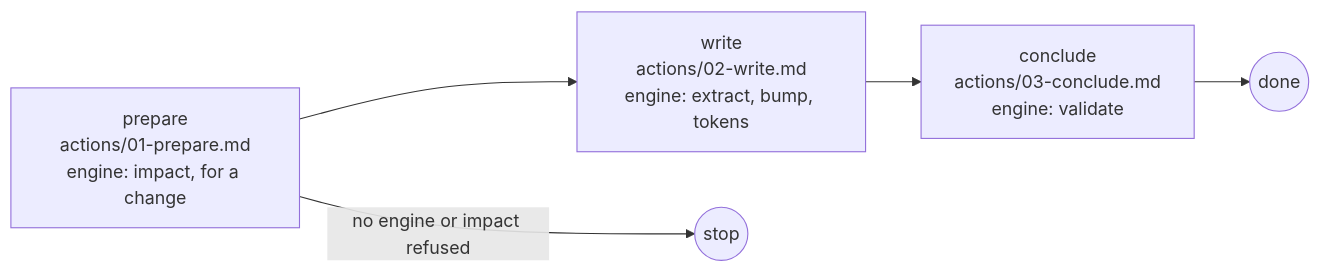
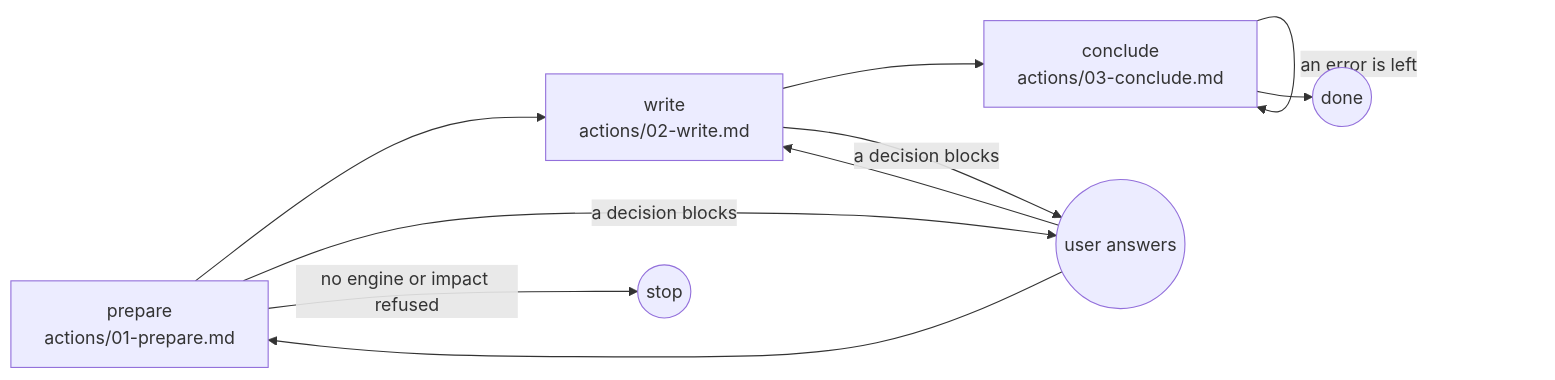
Before and after one commit to ai-driven-dev/framework: the diagram in plugins/aidd-ui/skills/01-system/SKILL.md, drawn with Mermaid. The commit also changed other lines of this file and 19 other files, not shown here.

````diff
--- a/plugins/aidd-ui/skills/01-system/SKILL.md
+++ b/plugins/aidd-ui/skills/01-system/SKILL.md
@@ -10,7 +10,12 @@
 ```mermaid
 flowchart LR
-  prepare["prepare<br>actions/01-prepare.md<br>engine: impact, for a change"] --> write["write<br>actions/02-write.md<br>engine: extract, bump, tokens"]
-  write --> conclude["conclude<br>actions/03-conclude.md<br>engine: validate"]
+  prepare["prepare<br>actions/01-prepare.md"] --> write["write<br>actions/02-write.md"]
+  write --> conclude["conclude<br>actions/03-conclude.md"]
+  prepare -->|"a decision blocks"| user((user answers))
+  write -->|"a decision blocks"| user
+  user --> prepare
+  user --> write
+  conclude -->|"an error is left"| conclude
   conclude --> done((done))
   prepare -->|"no engine or impact refused"| stop((stop))
 ```
````
